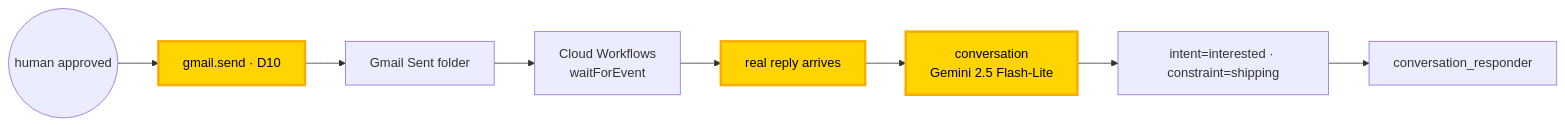
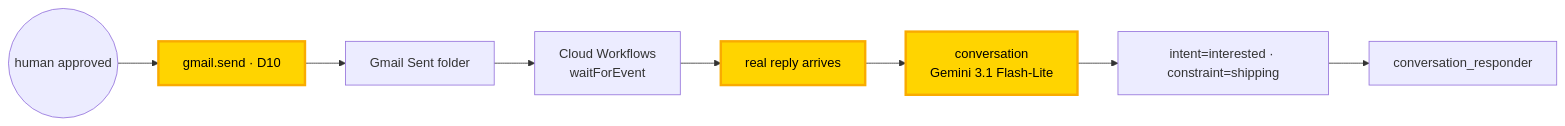
One commit to Two-Weeks-Team/social-seeding-v2-public changed the diagram in scripts/demo/assets/overlays/v2-beat-4.mmd. Above: the diagram before and after it, drawn with Mermaid. The commit also changed 142 other files, not shown here.

```diff
--- a/scripts/demo/assets/overlays/v2-beat-4.mmd
+++ b/scripts/demo/assets/overlays/v2-beat-4.mmd
@@ -1,11 +1,11 @@
 %% Beat 4 — Real Gmail send + real reply  (SCRIPT.md §3 Beat 4)
 flowchart LR
   approve((human approved)) --> send[gmail.send · D10]:::active
   send --> sent[Gmail Sent folder]
   sent --> wait[Cloud Workflows<br/>waitForEvent]
   wait --> reply[real reply arrives]:::active
-  reply --> conv[conversation<br/>Gemini 2.5 Flash-Lite]:::active
+  reply --> conv[conversation<br/>Gemini 3.1 Flash-Lite]:::active
   conv --> classify[intent=interested · constraint=shipping]
   classify --> responder[conversation_responder]
 
   classDef active fill:#FFD400,stroke:#F9AB00,color:#000,stroke-width:3px;
```
